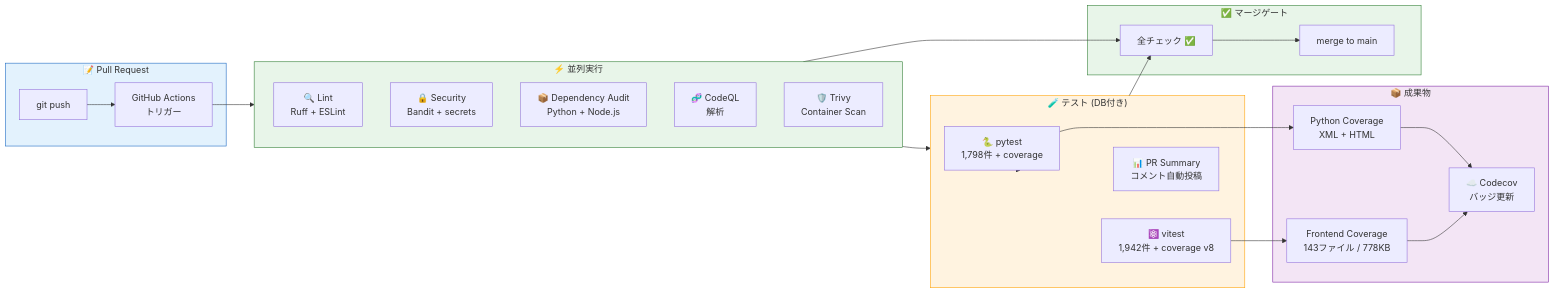
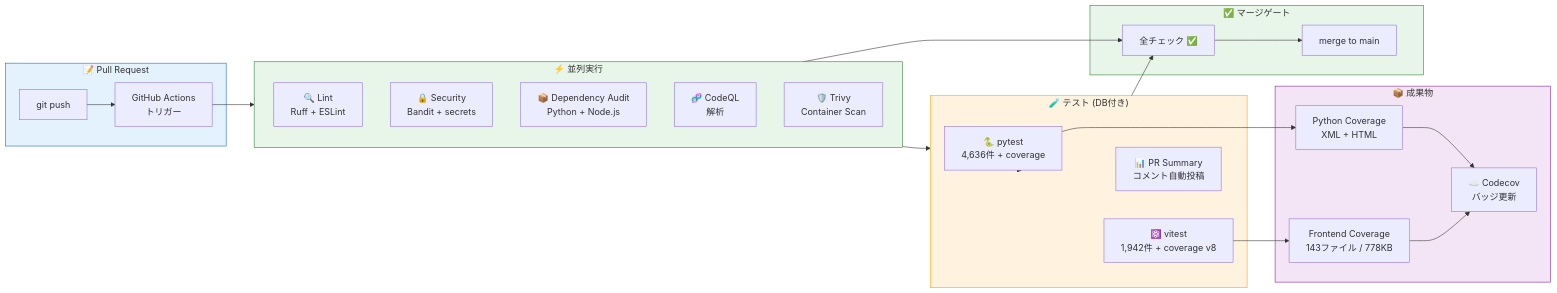
The first of 6 diagrams in README.md (Kensan196948G/AEGIS-SIGHT), drawn with Mermaid before and after one commit. The commit also changed other lines of this file, not shown here.

````diff
--- a/README.md
+++ b/README.md
@@ -128,46 +128,46 @@
 ```mermaid
 flowchart LR
     subgraph PR["📝 Pull Request"]
         PUSH["git push"] --> TRIGGER["GitHub Actions\nトリガー"]
     end
 
     subgraph PARALLEL["⚡ 並列実行"]
         direction TB
         LINT["🔍 Lint\nRuff + ESLint"]
         SEC["🔒 Security\nBandit + secrets"]
         DEPS["📦 Dependency Audit\nPython + Node.js"]
         CODEQL["🧬 CodeQL\n解析"]
         TRIVY["🛡️ Trivy\nContainer Scan"]
     end
 
     subgraph TEST["🧪 テスト (DB付き)"]
-        PYTEST["🐍 pytest\n1,798件 + coverage"]
+        PYTEST["🐍 pytest\n4,636件 + coverage"]
         VITEST["⚛️ vitest\n1,942件 + coverage v8"]
         REPORT["📊 PR Summary\nコメント自動投稿"]
     end
 
     subgraph ARTIFACTS["📦 成果物"]
         PY_COV["Python Coverage\nXML + HTML"]
         FE_COV["Frontend Coverage\n143ファイル / 778KB"]
         CODECOV["☁️ Codecov\nバッジ更新"]
     end
 
     subgraph GATE["✅ マージゲート"]
         GREEN["全チェック ✅"] --> MERGE["merge to main"]
     end
 
     TRIGGER --> PARALLEL
     PARALLEL --> TEST
     TEST --> PYTEST & VITEST
     PYTEST --> PY_COV
     VITEST --> FE_COV
     PY_COV & FE_COV --> CODECOV
     TEST --> REPORT
     PARALLEL & TEST --> GREEN
 
     style PR fill:#E3F2FD,stroke:#1565C0
     style PARALLEL fill:#E8F5E9,stroke:#2E7D32
     style TEST fill:#FFF3E0,stroke:#FFA000
     style ARTIFACTS fill:#F3E5F5,stroke:#7B1FA2
     style GATE fill:#E8F5E9,stroke:#2E7D32
 ```
````
